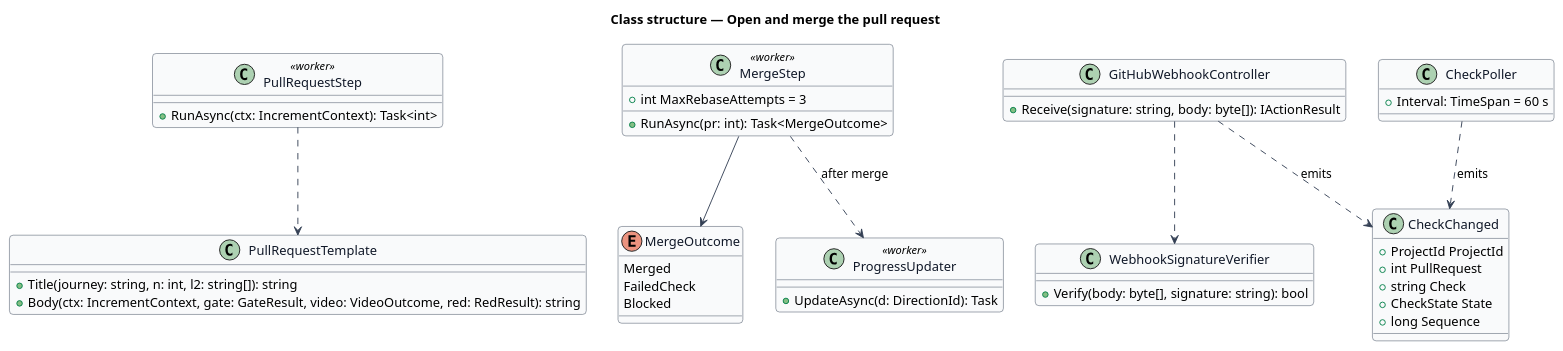
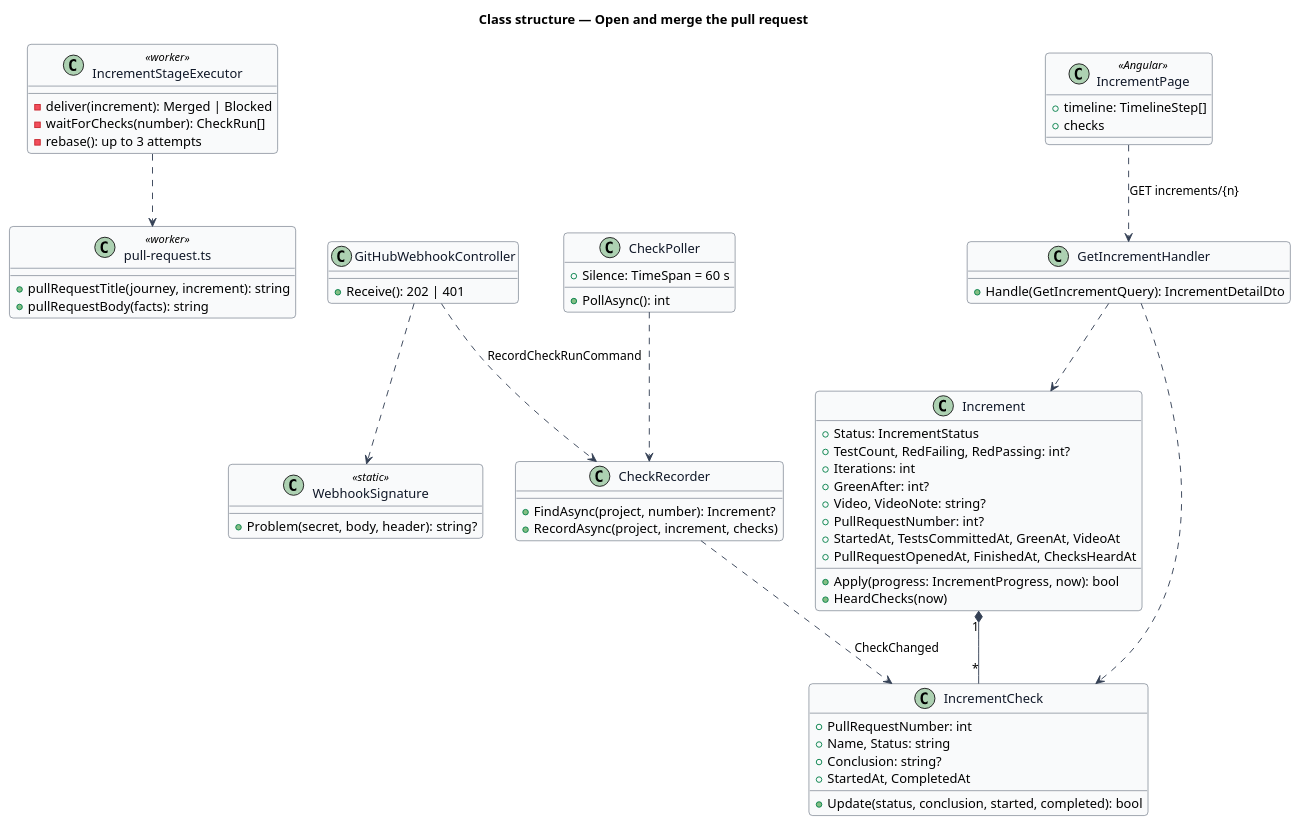
One commit to QuinntyneBrown/hewn changed the diagram in docs/detailed-designs/increments/open-and-merge-pull-request/diagrams/class-structure.puml. Above: the diagram before and after it, drawn with PlantUML. The commit also changed 86 other files, not shown here.

First line of the commit message:
Follow an increment to merge (journey 13, L2-021, L2-022, L2-024, L2-025, L2-037) (#21)

```diff
--- a/docs/detailed-designs/increments/open-and-merge-pull-request/diagrams/class-structure.puml
+++ b/docs/detailed-designs/increments/open-and-merge-pull-request/diagrams/class-structure.puml
@@ -1,55 +1,72 @@
 @startuml
 skinparam backgroundColor #FFFFFF
 skinparam shadowing false
 skinparam roundcorner 8
 skinparam defaultFontName Arial
 skinparam ArrowColor #344054
 skinparam class {
   BorderColor #344054
   FontColor #101828
   BackgroundColor #F9FAFB
 }
 title Class structure — Open and merge the pull request
 
-class PullRequestTemplate {
-  +Title(journey: string, n: int, l2: string[]): string
-  +Body(ctx: IncrementContext, gate: GateResult, video: VideoOutcome, red: RedResult): string
+class IncrementStageExecutor <<worker>> {
+  -deliver(increment): Merged | Blocked
+  -waitForChecks(number): CheckRun[]
+  -rebase(): up to 3 attempts
 }
-class PullRequestStep <<worker>> {
-  +RunAsync(ctx: IncrementContext): Task<int>
+class "pull-request.ts" as PrTemplate <<worker>> {
+  +pullRequestTitle(journey, increment): string
+  +pullRequestBody(facts): string
 }
-class MergeStep <<worker>> {
-  +int MaxRebaseAttempts = 3
-  +RunAsync(pr: int): Task<MergeOutcome>
+class Increment {
+  +Status: IncrementStatus
+  +TestCount, RedFailing, RedPassing: int?
+  +Iterations: int
+  +GreenAfter: int?
+  +Video, VideoNote: string?
+  +PullRequestNumber: int?
+  +StartedAt, TestsCommittedAt, GreenAt, VideoAt
+  +PullRequestOpenedAt, FinishedAt, ChecksHeardAt
+  +Apply(progress: IncrementProgress, now): bool
+  +HeardChecks(now)
 }
-enum MergeOutcome {
-  Merged
-  FailedCheck
-  Blocked
+class IncrementCheck {
+  +PullRequestNumber: int
+  +Name, Status: string
+  +Conclusion: string?
+  +StartedAt, CompletedAt
+  +Update(status, conclusion, started, completed): bool
 }
 class GitHubWebhookController {
-  +Receive(signature: string, body: byte[]): IActionResult
+  +Receive(): 202 | 401
 }
-class WebhookSignatureVerifier {
-  +Verify(body: byte[], signature: string): bool
+class WebhookSignature <<static>> {
+  +Problem(secret, body, header): string?
+}
+class CheckRecorder {
+  +FindAsync(project, number): Increment?
+  +RecordAsync(project, increment, checks)
 }
 class CheckPoller {
-  +Interval: TimeSpan = 60 s
+  +Silence: TimeSpan = 60 s
+  +PollAsync(): int
 }
-class CheckChanged {
-  +ProjectId ProjectId
-  +int PullRequest
-  +string Check
-  +CheckState State
-  +long Sequence
+class GetIncrementHandler {
+  +Handle(GetIncrementQuery): IncrementDetailDto
 }
-class ProgressUpdater <<worker>> {
-  +UpdateAsync(d: DirectionId): Task
+class IncrementPage <<Angular>> {
+  +timeline: TimelineStep[]
+  +checks
 }
-PullRequestStep ..> PullRequestTemplate
-MergeStep --> MergeOutcome
-GitHubWebhookController ..> WebhookSignatureVerifier
-GitHubWebhookController ..> CheckChanged : emits
-CheckPoller ..> CheckChanged : emits
-MergeStep ..> ProgressUpdater : after merge
+IncrementStageExecutor ..> PrTemplate
+Increment "1" *-- "*" IncrementCheck
+GitHubWebhookController ..> WebhookSignature
+GitHubWebhookController ..> CheckRecorder : RecordCheckRunCommand
+CheckPoller ..> CheckRecorder
+CheckRecorder ..> IncrementCheck : CheckChanged
+GetIncrementHandler ..> Increment
+GetIncrementHandler ..> IncrementCheck
+IncrementPage ..> GetIncrementHandler : GET increments/{n}
 @enduml
```
